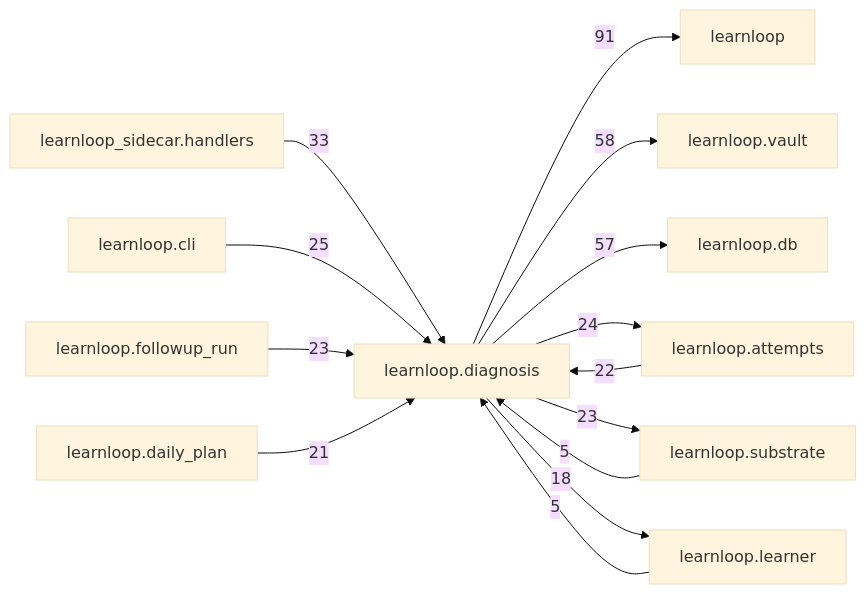
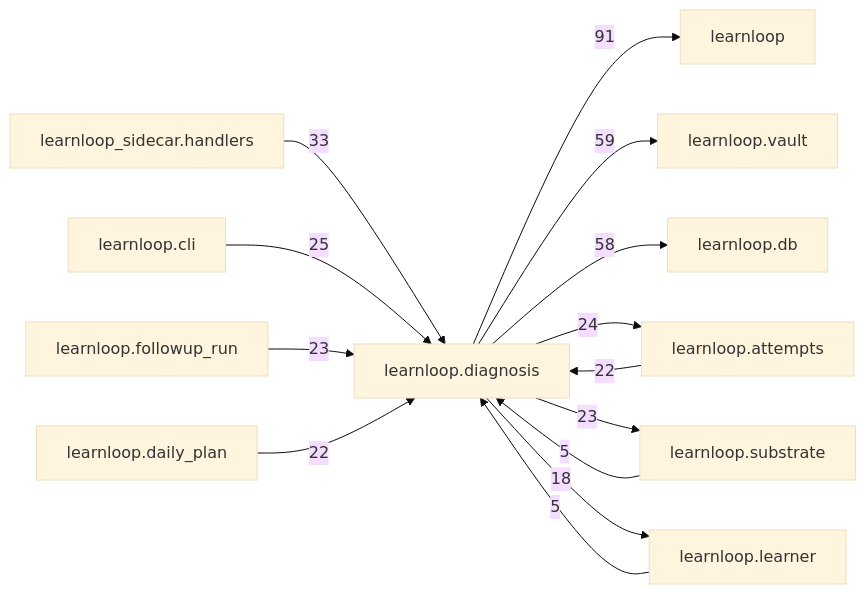
The diagram in docs/learnloop-architecture-vault/Reference/Modules/learnloop/diagnosis/_package.md (6up-b/learnanything), drawn with Mermaid (base theme) before and after one commit. The commit also changed other lines of this file and 68 other files, not shown here.

````diff
--- a/docs/learnloop-architecture-vault/Reference/Modules/learnloop/diagnosis/_package.md
+++ b/docs/learnloop-architecture-vault/Reference/Modules/learnloop/diagnosis/_package.md
@@ -261,27 +261,27 @@
 ```mermaid
 flowchart LR
     center["learnloop.diagnosis"]
     n_learnloop["learnloop"]
     n_learnloop_vault["learnloop.vault"]
     n_learnloop_db["learnloop.db"]
     n_learnloop_attempts["learnloop.attempts"]
     n_learnloop_sidecar_handlers["learnloop_sidecar.handlers"]
     n_learnloop_substrate["learnloop.substrate"]
     n_learnloop_cli["learnloop.cli"]
     n_learnloop_followup_run["learnloop.followup_run"]
     n_learnloop_learner["learnloop.learner"]
     n_learnloop_daily_plan["learnloop.daily_plan"]
     center -->|91| n_learnloop
-    center -->|58| n_learnloop_vault
-    center -->|57| n_learnloop_db
+    center -->|59| n_learnloop_vault
+    center -->|58| n_learnloop_db
     n_learnloop_attempts -->|22| center
     center -->|24| n_learnloop_attempts
     n_learnloop_sidecar_handlers -->|33| center
     n_learnloop_substrate -->|5| center
     center -->|23| n_learnloop_substrate
     n_learnloop_cli -->|25| center
     n_learnloop_followup_run -->|23| center
     n_learnloop_learner -->|5| center
     center -->|18| n_learnloop_learner
-    n_learnloop_daily_plan -->|21| center
+    n_learnloop_daily_plan -->|22| center
 ```
````
